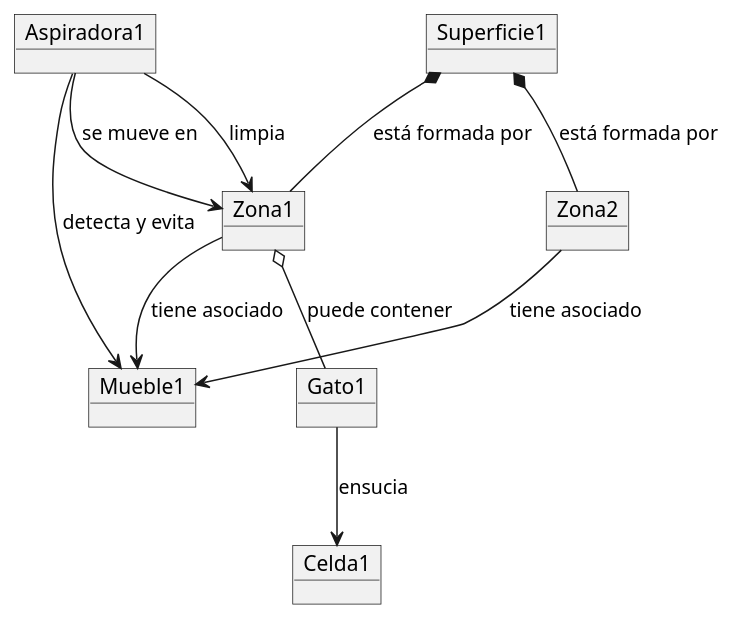
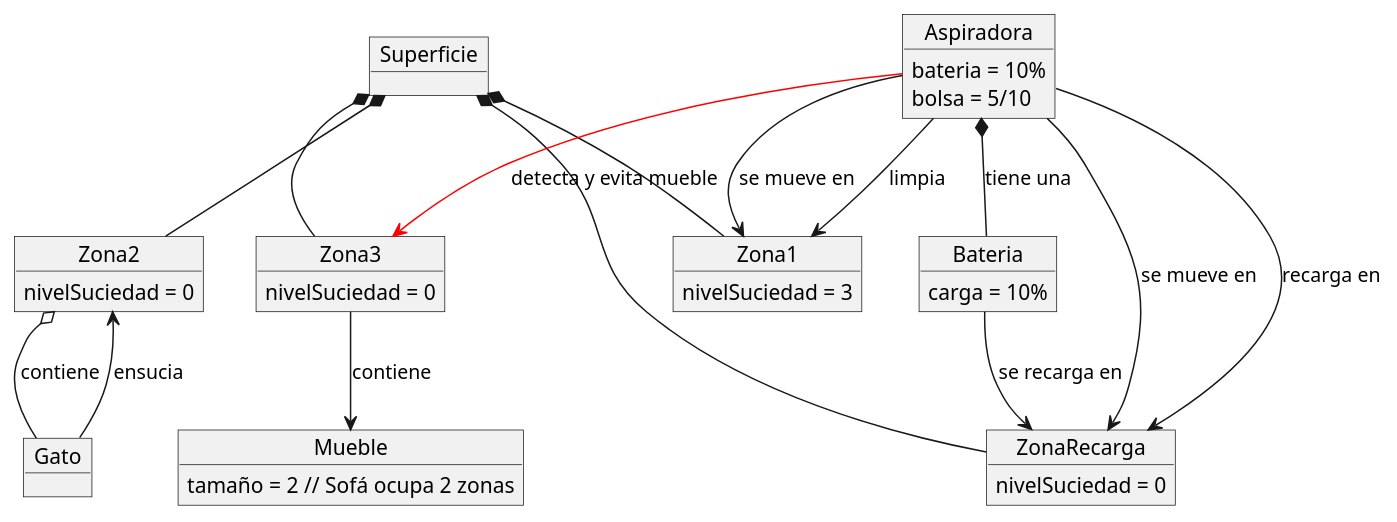
One commit to mmasias/24-25-IdSw2-SDD changed the diagram in modelosUML/DiagramaObjetos.puml. Above: the diagram before and after it, drawn with PlantUML. The commit also changed 23 other files, not shown here.

Commit message:
Mejora de los diagramas e implementacion del codigo sin desarrollar los metodos

```diff
--- a/modelosUML/DiagramaObjetos.puml
+++ b/modelosUML/DiagramaObjetos.puml
@@ -1,25 +1,54 @@
 @startuml
+object Superficie
 
-object Superficie1
-object Zona1
-object Zona2
-object Aspiradora1
-object Mueble1
-object Gato1
-object Celda1
+object Zona1 {
+  nivelSuciedad = 3
+}
 
-' Relación entre objetos
-Superficie1 *-- Zona1 : "está formada por"
-Superficie1 *-- Zona2 : "está formada por"
+object Zona2 {
+  nivelSuciedad = 0
+}
 
-Zona1 o-- Gato1 : "puede contener"
-Zona1 --> Mueble1 : "tiene asociado"
-Zona2 --> Mueble1 : "tiene asociado"
+object Zona3 {
+  nivelSuciedad = 0
+}
 
-Aspiradora1 --> Zona1 : "se mueve en"
-Aspiradora1 --> Zona1 : "limpia"
-Aspiradora1 --> Mueble1 : "detecta y evita"
+object ZonaRecarga {
+  nivelSuciedad = 0
+}
 
-Gato1 --> Celda1 : "ensucia"
+object Aspiradora {
+  bateria = 10%
+  bolsa = 5/10
+}
+
+object Bateria {
+  carga = 10%
+}
+
+object Mueble {
+  tamaño = 2 // Sofá ocupa 2 zonas
+}
+
+object Gato
+
+Superficie *-- Zona1
+Superficie *-- Zona2
+Superficie *-- Zona3
+Superficie *-- ZonaRecarga
+
+Zona3 --> Mueble : "contiene"
+
+Aspiradora --> Zona1 : "se mueve en"
+Aspiradora --> Zona1 : "limpia"
+Aspiradora --> ZonaRecarga : "se mueve en"
+Aspiradora --> ZonaRecarga : "recarga en"
+Aspiradora -[#red]-> Zona3 : "detecta y evita mueble"
+
+Aspiradora *-- Bateria : "tiene una"
+Bateria --> ZonaRecarga : "se recarga en"
+
+Zona2 o-- Gato : "contiene"
+Gato --> Zona2 : "ensucia"
 
 @enduml
```
